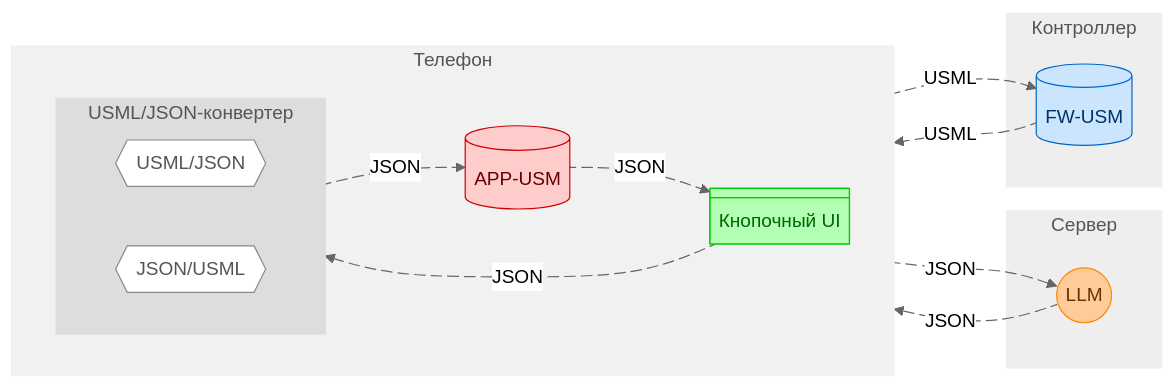
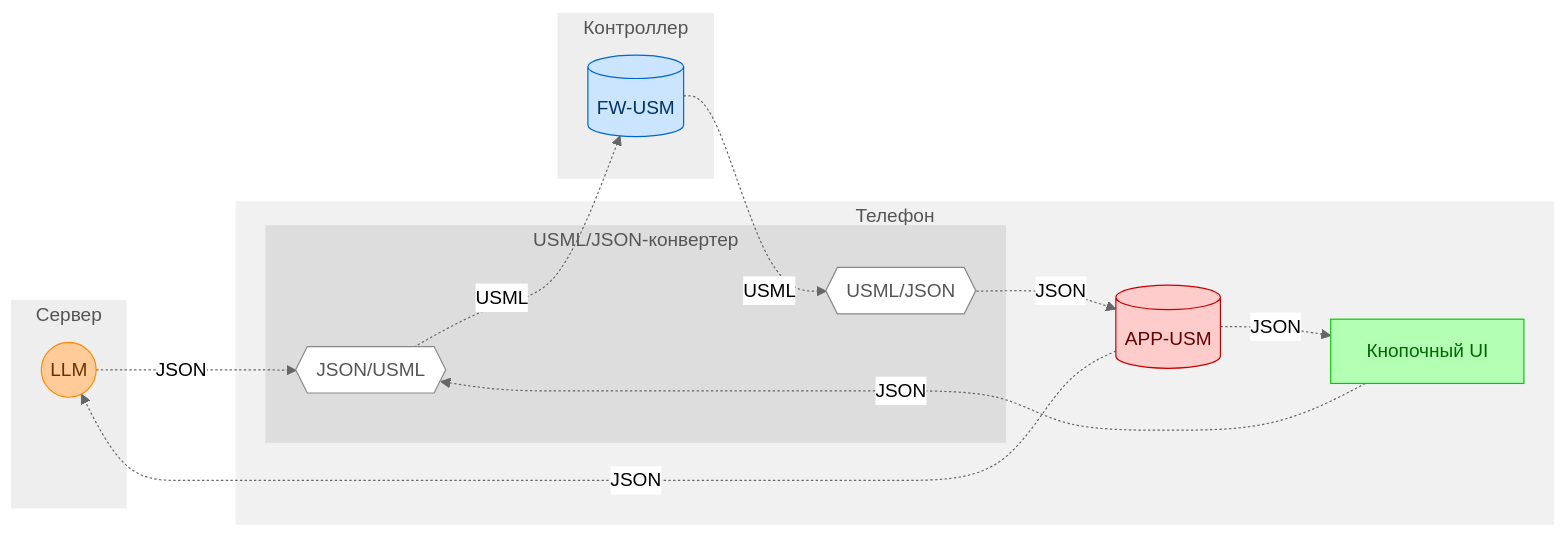
The diagram in PDS/SynapsePDS_USML.md (KhudyakovAlex/Synapse), drawn with Mermaid (neutral theme) before and after one commit. The commit also changed other lines of this file and 5 other files, not shown here.

Commit message:
Simplify Mermaid flowchart to basic syntax

````diff
--- a/PDS/SynapsePDS_USML.md
+++ b/PDS/SynapsePDS_USML.md
@@ -27,49 +27,39 @@
 ```mermaid
 flowchart LR
     subgraph Сервер
       LLM((LLM))
     end
 
     subgraph Телефон
-      direction LR
-      UI@{ shape: div-rect, label: "Кнопочный UI" }
-      APPUSM@{ shape: cyl, label: "APP-USM" }
+      UI[Кнопочный UI]
+      APPUSM[(APP-USM)]
 
-      subgraph USML/JSON-конвертер
-        direction LR
+      subgraph Конвертер["USML/JSON-конвертер"]
         C-IN{{USML/JSON}}
         C-OUT{{JSON/USML}}
       end
     end
   
     subgraph Контроллер
-      FWUSM@{ shape: cyl, label: "FW-USM" }
+      FWUSM[(FW-USM)]
     end
 
-    APPUSM e1@-.JSON.-> UI
-    APPUSM e2@-.JSON.-> LLM
-    LLM e3@-.JSON.-> C-OUT
-    UI e4@-.JSON.-> C-OUT
-    C-OUT e5@-.USML.-> FWUSM
-    FWUSM e6@-.USML.-> C-IN
-    C-IN e7@-.JSON.-> APPUSM
+    APPUSM -.JSON.-> UI
+    APPUSM -.JSON.-> LLM
+    LLM -.JSON.-> C-OUT
+    UI -.JSON.-> C-OUT
+    C-OUT -.USML.-> FWUSM
+    FWUSM -.USML.-> C-IN
+    C-IN -.JSON.-> APPUSM
 
     style Сервер fill:#eeeeee,stroke:#eeeeee,color:#555555
-    style USML/JSON-конвертер fill:#dddddd,stroke:#dddddd,color:#555555
+    style Конвертер fill:#dddddd,stroke:#dddddd,color:#555555
     style Телефон fill:#f1f1f1,stroke:#f1f1f1,color:#555555
     style Контроллер fill:#eeeeee,stroke:#eeeeee,color:#555555
     style LLM fill:#ffcc99,stroke:#ff8800,color:#663300
     style UI fill:#b3ffb3,stroke:#00cc00,color:#006600
     style APPUSM fill:#ffcccc,stroke:#cc0000,color:#660000
     style FWUSM fill:#cce5ff,stroke:#0066cc,color:#003366
     style C-IN fill:#ffffff,stroke:#888888,color:#555555
     style C-OUT fill:#ffffff,stroke:#888888,color:#555555
-
-    e1@{ animation: slow }
-    e2@{ animation: slow }
-    e3@{ animation: slow }
-    e4@{ animation: slow }
-    e5@{ animation: slow }
-    e6@{ animation: slow }
-    e7@{ animation: slow }
 ```
````
